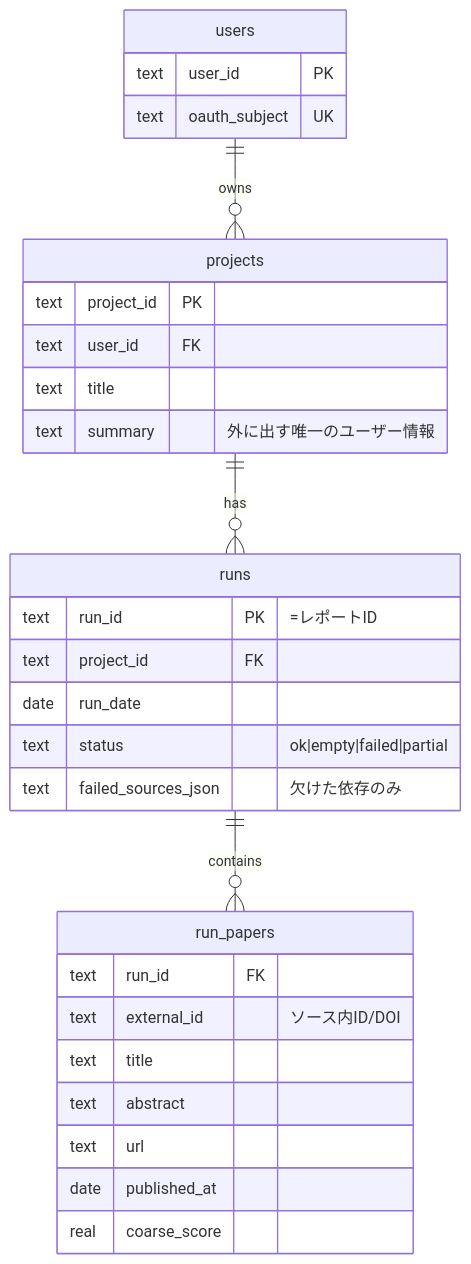
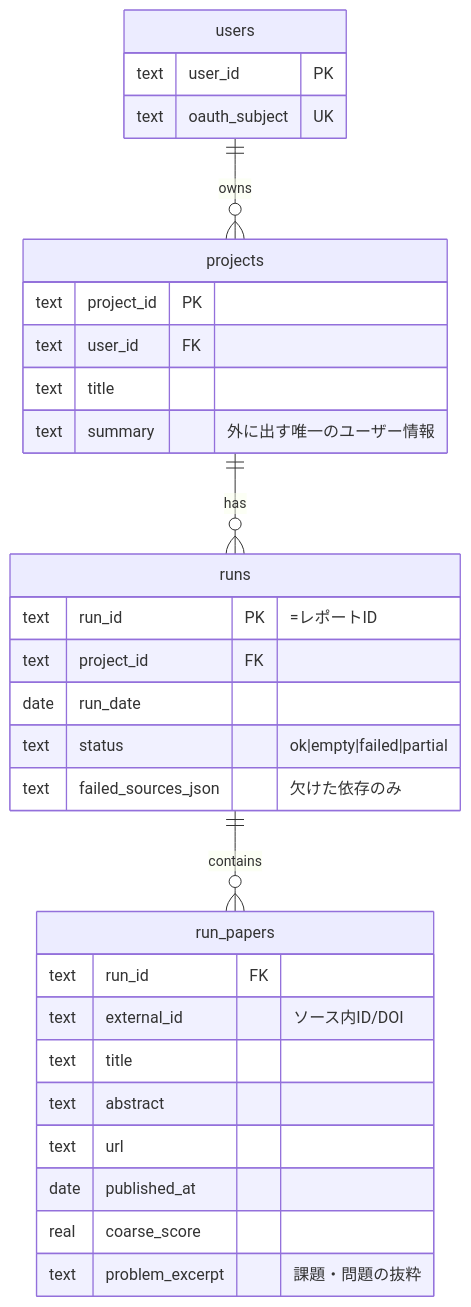
One commit to uzak0209/AI-Research changed the first of 2 diagrams in docs/er-diagram.md. Above: the diagram before and after it, drawn with Mermaid. The commit also changed other lines of this file and 32 other files, not shown here.

````diff
--- a/docs/er-diagram.md
+++ b/docs/er-diagram.md
@@ -32,33 +32,34 @@
 ```mermaid
 erDiagram
     users ||--o{ projects : owns
     projects ||--o{ runs : has
     runs ||--o{ run_papers : contains
 
     users {
         text user_id PK
         text oauth_subject UK
     }
     projects {
         text project_id PK
         text user_id FK
         text title
         text summary "外に出す唯一のユーザー情報"
     }
     runs {
         text run_id PK "=レポートID"
         text project_id FK
         date run_date
         text status "ok|empty|failed|partial"
         text failed_sources_json "欠けた依存のみ"
     }
     run_papers {
         text run_id FK
         text external_id "ソース内ID/DOI"
         text title
         text abstract
         text url
         date published_at
         real coarse_score
+        text problem_excerpt "課題・問題の抜粋"
     }
 ```
````
